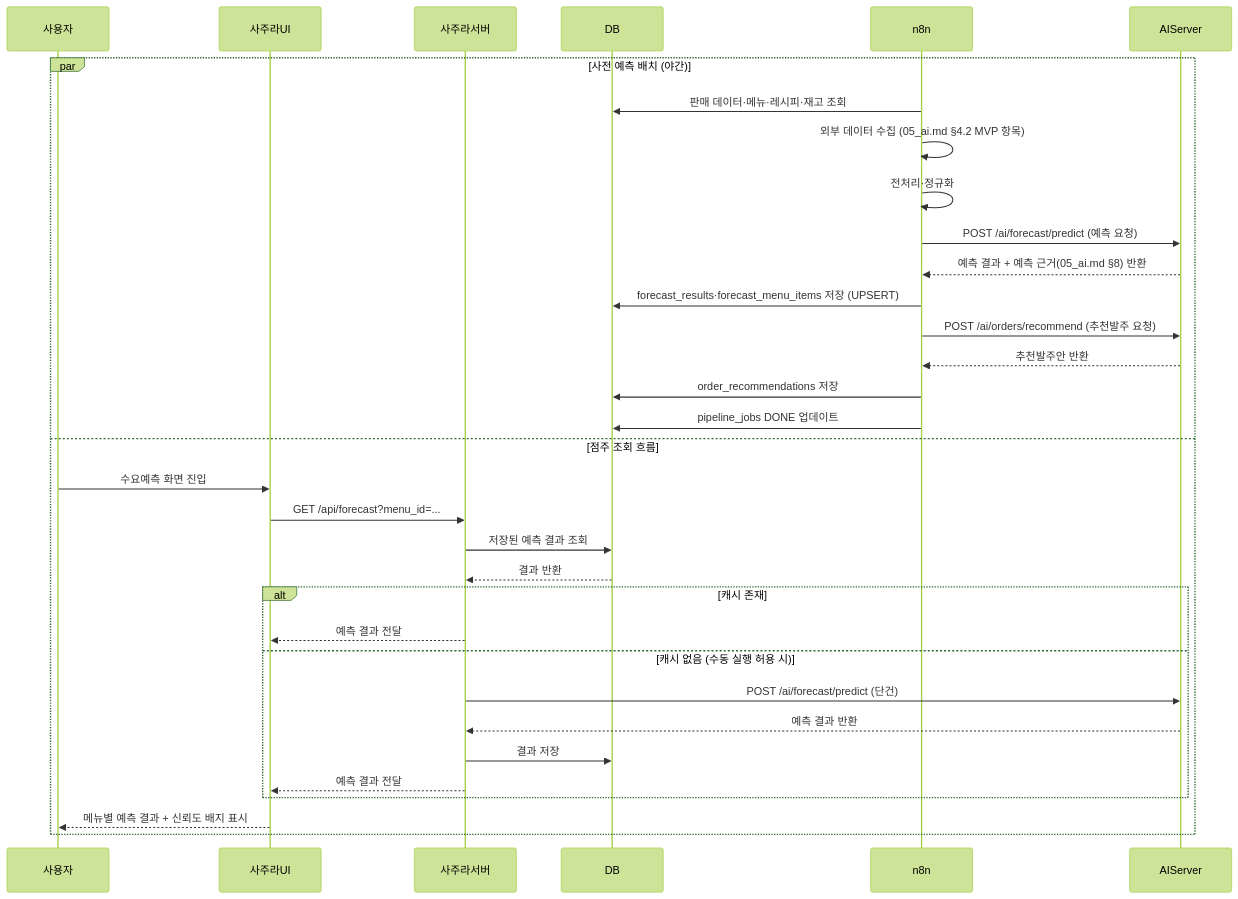
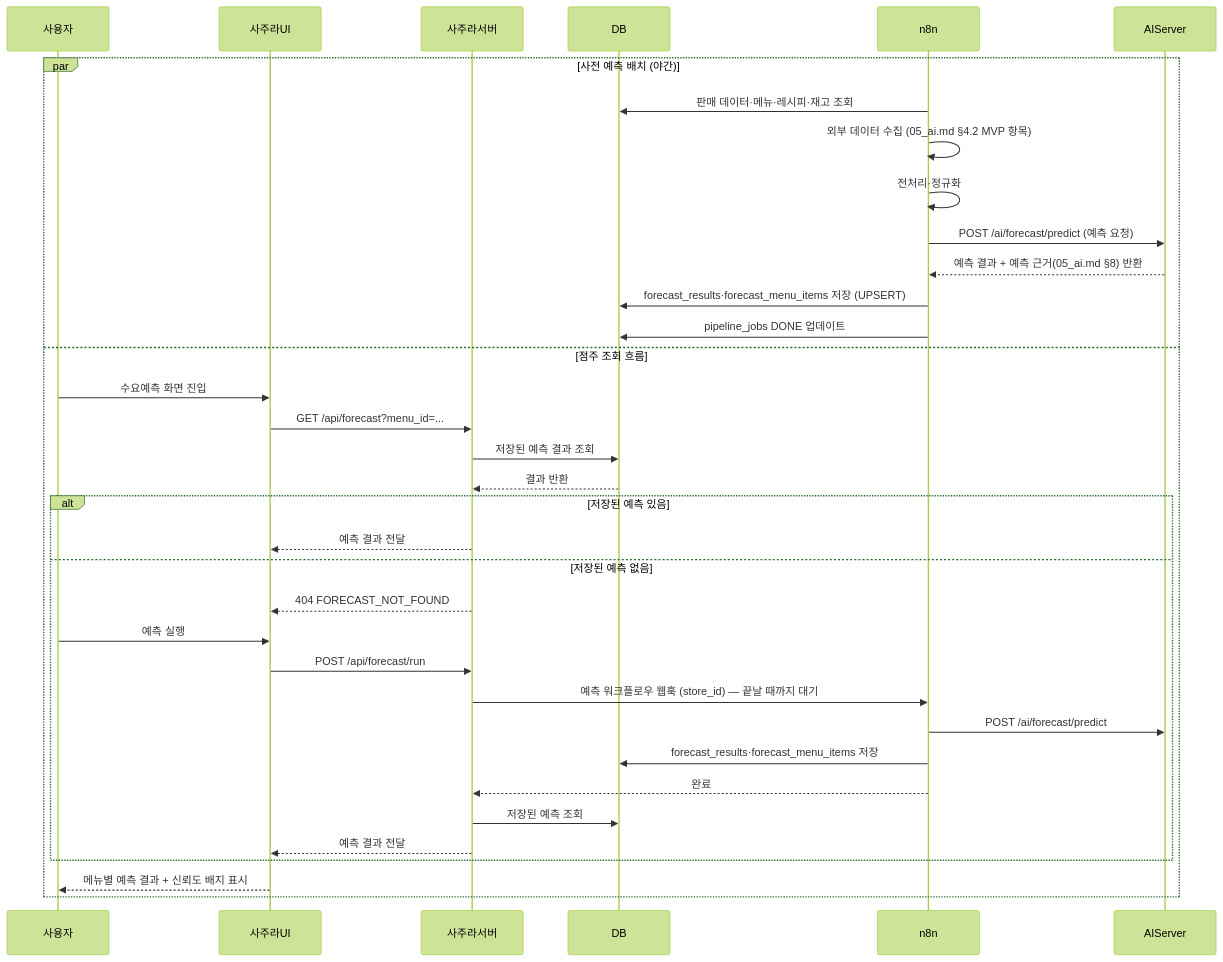
The second of 8 diagrams in docs/spec/02_implementation_design.md (h-taek/CapstoneDesign-Sajura), drawn with Mermaid (forest theme) before and after one commit. The commit also changed other lines of this file and 6 other files, not shown here.

````diff
--- a/docs/spec/02_implementation_design.md
+++ b/docs/spec/02_implementation_design.md
@@ -250,36 +250,38 @@
 ```mermaid
 sequenceDiagram
     participant 사용자
     participant 사주라UI
     participant 사주라서버
     participant DB
     participant n8n
     participant AIServer
 
     par 사전 예측 배치 (야간)
         n8n->>DB: 판매 데이터·메뉴·레시피·재고 조회
         n8n->>n8n: 외부 데이터 수집 (05_ai.md §4.2 MVP 항목)
         n8n->>n8n: 전처리·정규화
         n8n->>AIServer: POST /ai/forecast/predict (예측 요청)
         AIServer-->>n8n: 예측 결과 + 예측 근거(05_ai.md §8) 반환
         n8n->>DB: forecast_results·forecast_menu_items 저장 (UPSERT)
-        n8n->>AIServer: POST /ai/orders/recommend (추천발주 요청)
-        AIServer-->>n8n: 추천발주안 반환
-        n8n->>DB: order_recommendations 저장
         n8n->>DB: pipeline_jobs DONE 업데이트
     and 점주 조회 흐름
         사용자->>사주라UI: 수요예측 화면 진입
         사주라UI->>사주라서버: GET /api/forecast?menu_id=...
         사주라서버->>DB: 저장된 예측 결과 조회
         DB-->>사주라서버: 결과 반환
-        alt 캐시 존재
+        alt 저장된 예측 있음
             사주라서버-->>사주라UI: 예측 결과 전달
-        else 캐시 없음 (수동 실행 허용 시)
-            사주라서버->>AIServer: POST /ai/forecast/predict (단건)
-            AIServer-->>사주라서버: 예측 결과 반환
-            사주라서버->>DB: 결과 저장
+        else 저장된 예측 없음
+            사주라서버-->>사주라UI: 404 FORECAST_NOT_FOUND
+            사용자->>사주라UI: 예측 실행
+            사주라UI->>사주라서버: POST /api/forecast/run
+            사주라서버->>n8n: 예측 워크플로우 웹훅 (store_id) — 끝날 때까지 대기
+            n8n->>AIServer: POST /ai/forecast/predict
+            n8n->>DB: forecast_results·forecast_menu_items 저장
+            n8n-->>사주라서버: 완료
+            사주라서버->>DB: 저장된 예측 조회
             사주라서버-->>사주라UI: 예측 결과 전달
         end
         사주라UI-->>사용자: 메뉴별 예측 결과 + 신뢰도 배지 표시
     end
 ```
````
